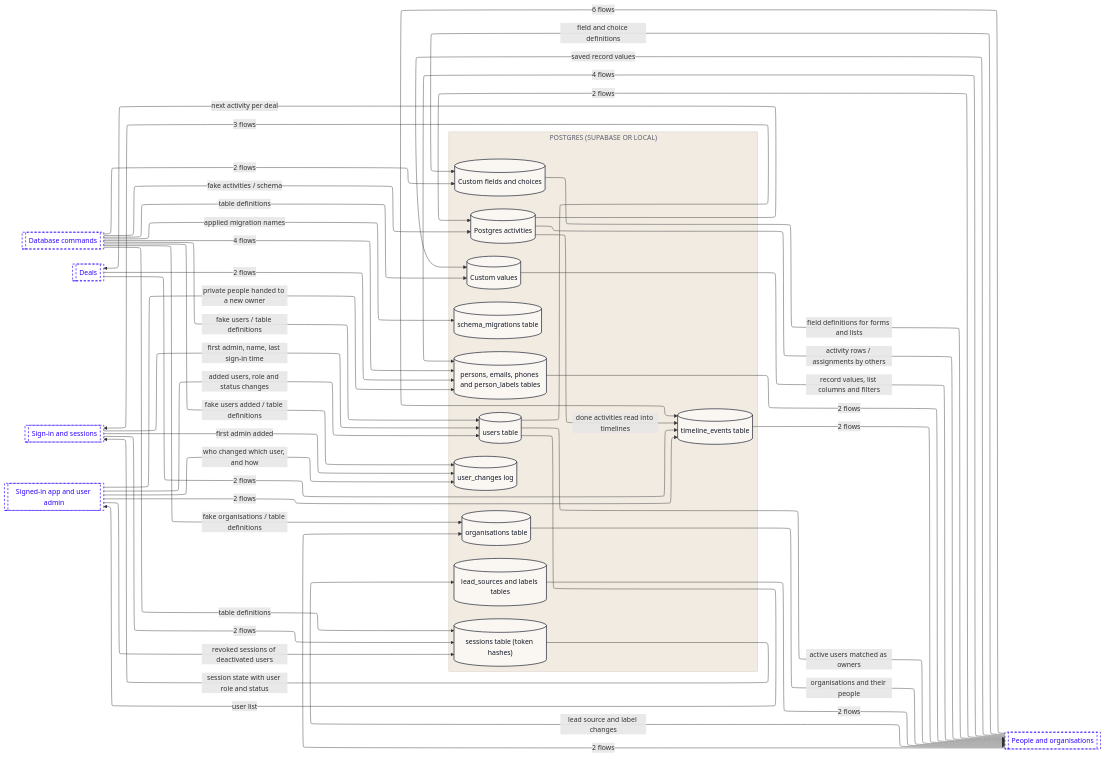
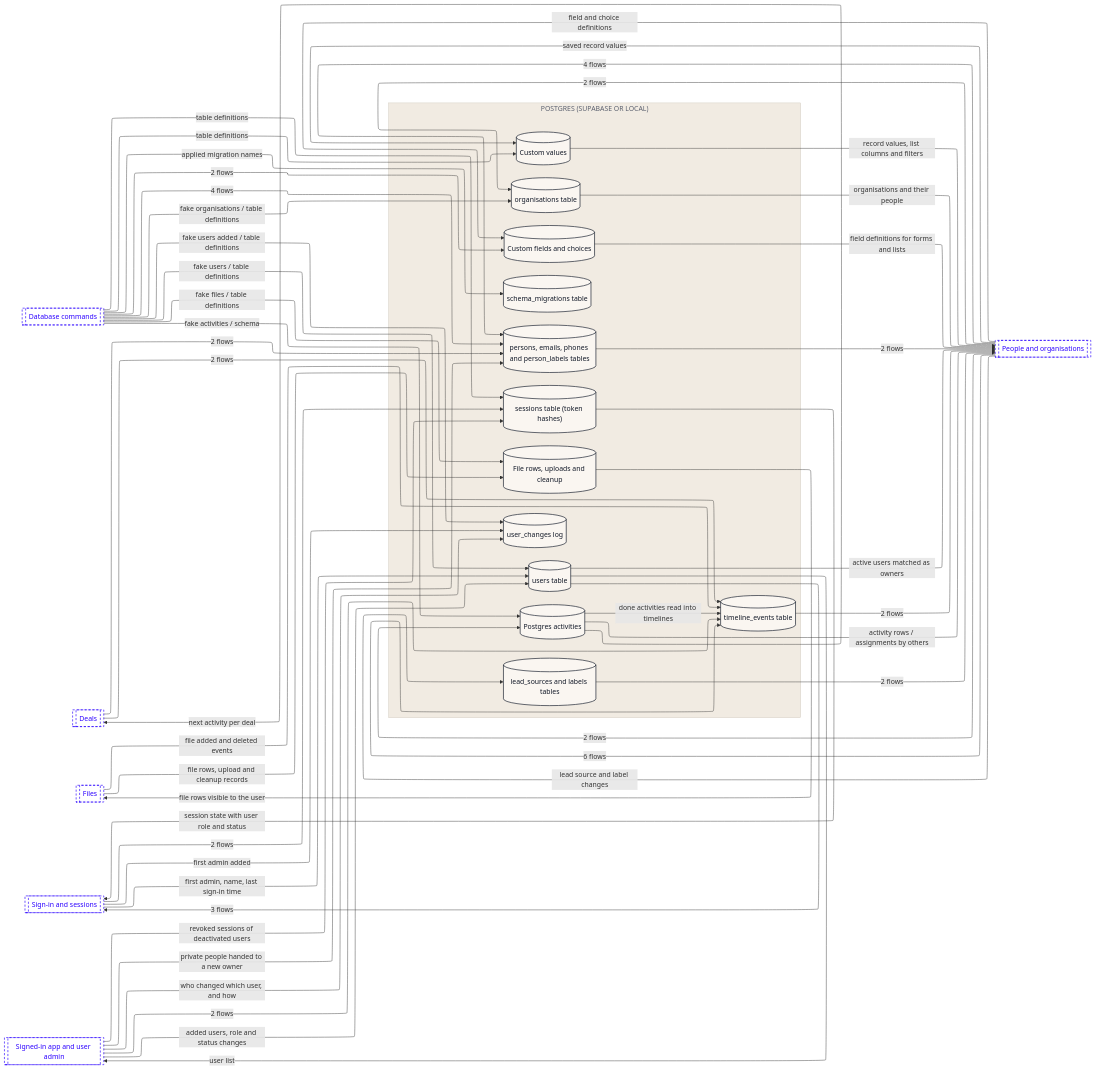
The third of 11 diagrams in dataflow/DATAFLOW.md (Romain-Perche/Barnacle-Pipe), drawn with Mermaid before and after one commit. The commit also changed other lines of this file and 10 other files, not shown here.

````diff
--- a/dataflow/DATAFLOW.md
+++ b/dataflow/DATAFLOW.md
@@ -148,73 +171,79 @@
 ```mermaid
 ---
 config:
   layout: elk
 ---
 flowchart LR
     subgraph z1["POSTGRES (SUPABASE OR LOCAL)"]
         n1[("Postgres activities")]
         n2[("lead_sources and labels tables")]
         n3[("Custom fields and choices")]
         n4[("Custom values")]
-        n5[("organisations table")]
-        n6[("persons, emails, phones and person_labels tables")]
-        n7[("schema_migrations table")]
-        n8[("sessions table (token hashes)")]
-        n9[("timeline_events table")]
-        n10[("user_changes log")]
-        n11[("users table")]
+        n5[("File rows, uploads and cleanup")]
+        n6[("organisations table")]
+        n7[("persons, emails, phones and person_labels tables")]
+        n8[("schema_migrations table")]
+        n9[("sessions table (token hashes)")]
+        n10[("timeline_events table")]
+        n11[("user_changes log")]
+        n12[("users table")]
     end
-    n12[["Database commands"]]
-    n13[["Deals"]]
-    n14[["People and organisations"]]
-    n15[["Sign-in and sessions"]]
-    n16[["Signed-in app and user admin"]]
-    n14 -->|"2 flows"| n1
-    n14 -->|"4 flows"| n6
-    n1 -->|"activity rows / assignments by others"| n14
-    n1 -->|"next activity per deal"| n13
-    n1 -->|"done activities read into timelines"| n9
-    n14 -->|"lead source and label changes"| n2
-    n2 -->|"2 flows"| n14
-    n15 -->|"2 flows"| n8
-    n15 -->|"first admin added"| n10
-    n15 -->|"first admin, name, last sign-in time"| n11
-    n14 -->|"2 flows"| n5
-    n14 -->|"6 flows"| n9
-    n14 -->|"field and choice definitions"| n3
-    n14 -->|"saved record values"| n4
-    n3 -->|"field definitions for forms and lists"| n14
-    n4 -->|"record values, list columns and filters"| n14
-    n13 -->|"2 flows"| n6
-    n13 -->|"2 flows"| n9
-    n12 -->|"fake activities / schema"| n1
-    n12 -->|"2 flows"| n3
-    n12 -->|"table definitions"| n4
-    n12 -->|"fake organisations / table definitions"| n5
-    n12 -->|"4 flows"| n6
-    n12 -->|"applied migration names"| n7
-    n12 -->|"table definitions"| n8
-    n12 -->|"fake users added / table definitions"| n10
-    n12 -->|"fake users / table definitions"| n11
-    n5 -->|"organisations and their people"| n14
-    n6 -->|"2 flows"| n14
-    n8 -->|"session state with user role and status"| n15
-    n9 -->|"2 flows"| n14
-    n16 -->|"private people handed to a new owner"| n6
-    n16 -->|"revoked sessions of deactivated users"| n8
-    n16 -->|"2 flows"| n9
-    n16 -->|"who changed which user, and how"| n10
-    n16 -->|"added users, role and status changes"| n11
-    n11 -->|"3 flows"| n15
-    n11 -->|"active users matched as owners"| n14
-    n11 -->|"user list"| n16
+    n13[["Database commands"]]
+    n14[["Deals"]]
+    n15[["Files"]]
+    n16[["People and organisations"]]
+    n17[["Sign-in and sessions"]]
+    n18[["Signed-in app and user admin"]]
+    n16 -->|"2 flows"| n1
+    n16 -->|"4 flows"| n7
+    n1 -->|"activity rows / assignments by others"| n16
+    n1 -->|"next activity per deal"| n14
+    n1 -->|"done activities read into timelines"| n10
+    n16 -->|"lead source and label changes"| n2
+    n2 -->|"2 flows"| n16
+    n17 -->|"2 flows"| n9
+    n17 -->|"first admin added"| n11
+    n17 -->|"first admin, name, last sign-in time"| n12
+    n16 -->|"2 flows"| n6
+    n16 -->|"6 flows"| n10
+    n16 -->|"field and choice definitions"| n3
+    n16 -->|"saved record values"| n4
+    n3 -->|"field definitions for forms and lists"| n16
+    n4 -->|"record values, list columns and filters"| n16
+    n14 -->|"2 flows"| n7
+    n14 -->|"2 flows"| n10
+    n15 -->|"file rows, upload and cleanup records"| n5
+    n15 -->|"file added and deleted events"| n10
+    n5 -->|"file rows visible to the user"| n15
+    n13 -->|"fake activities / schema"| n1
+    n13 -->|"2 flows"| n3
+    n13 -->|"table definitions"| n4
+    n13 -->|"fake files / table definitions"| n5
+    n13 -->|"fake organisations / table definitions"| n6
+    n13 -->|"4 flows"| n7
+    n13 -->|"applied migration names"| n8
+    n13 -->|"table definitions"| n9
+    n13 -->|"fake users added / table definitions"| n11
+    n13 -->|"fake users / table definitions"| n12
+    n6 -->|"organisations and their people"| n16
+    n7 -->|"2 flows"| n16
+    n9 -->|"session state with user role and status"| n17
+    n10 -->|"2 flows"| n16
+    n18 -->|"private people handed to a new owner"| n7
+    n18 -->|"revoked sessions of deactivated users"| n9
+    n18 -->|"2 flows"| n10
+    n18 -->|"who changed which user, and how"| n11
+    n18 -->|"added users, role and status changes"| n12
+    n12 -->|"3 flows"| n17
+    n12 -->|"active users matched as owners"| n16
+    n12 -->|"user list"| n18
     classDef actor fill:#FFFFFF,stroke:#111827,stroke-width:1px,color:#111827
     classDef process fill:#EDEAFF,stroke:#2B00FF,stroke-width:1.5px,color:#111827
     classDef store fill:#FAF6F1,stroke:#111827,stroke-width:1.5px,color:#111827
     classDef zone fill:#1A1A1A,stroke:#1A1A1A,color:#FFFFFF
     classDef group fill:#2B00FF,stroke:#2B00FF,color:#FFFFFF
     classDef stub fill:#FFFFFF,stroke:#2B00FF,stroke-width:1.5px,stroke-dasharray:5 4,color:#2B00FF
-    class n1,n2,n3,n4,n5,n6,n7,n8,n9,n10,n11 store
-    class n12,n13,n14,n15,n16 stub
+    class n1,n2,n3,n4,n5,n6,n7,n8,n9,n10,n11,n12 store
+    class n13,n14,n15,n16,n17,n18 stub
     style z1 fill:#F1EBE2,stroke:#CFC7BB,color:#5D6270
 ```
````
